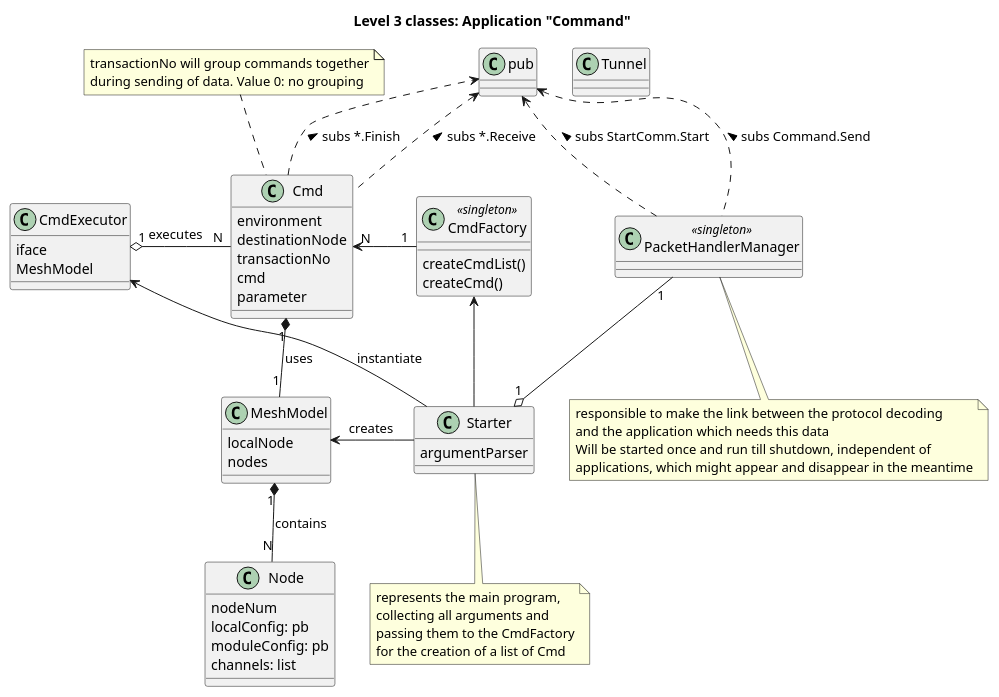
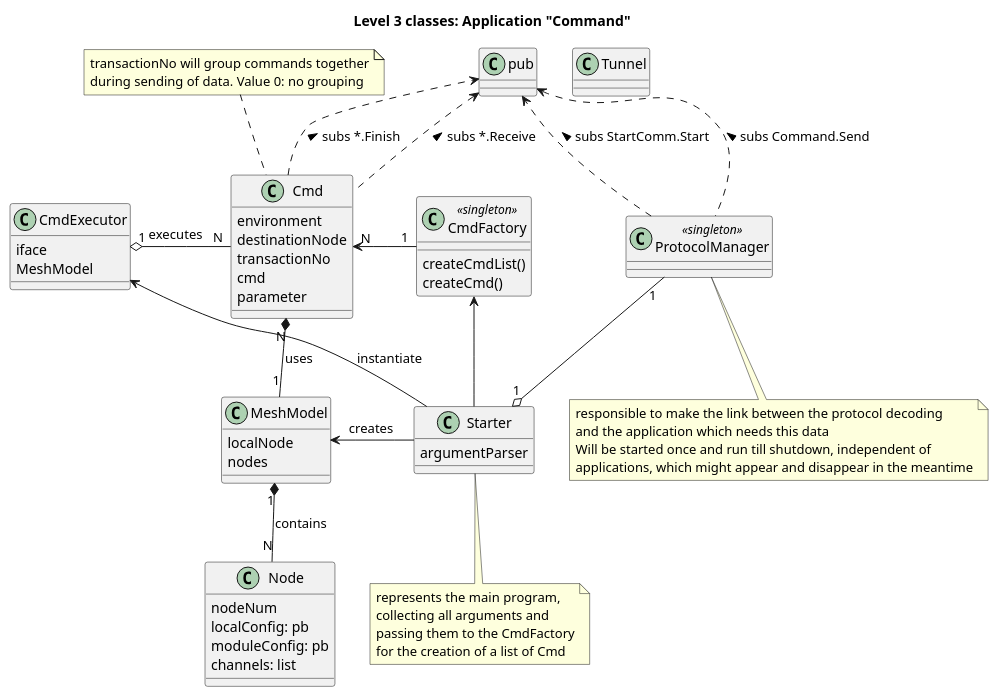
One commit to juergenRe/python changed the fifth of 8 diagrams in meshtastic/devdoc/Architecture.md. Above: the diagram before and after it, drawn with PlantUML. The commit also changed other lines of this file and 1 other file, not shown here.

Commit message:
intermediate state: refining architecture doc and implementing first draft of MeshModel

````diff
--- a/meshtastic/devdoc/Architecture.md
+++ b/meshtastic/devdoc/Architecture.md
@@ -426,73 +426,73 @@
 ```plantuml
 title Level 3 classes: Application "Command"
 
 class CmdExecutor {
     iface
     MeshModel
 }
 
 class Cmd {
     environment
     destinationNode
     transactionNo
     cmd
     parameter
 }
 
 class CmdFactory <<singleton>> {
     createCmdList()
     createCmd()
 }
 
 class Starter {
     argumentParser
 }
 
 class MeshModel {
     localNode
     nodes
 }
 
 class Tunnel
 class Node {
     nodeNum
     localConfig: pb
     moduleConfig: pb
     channels: list
 }
 
 class pub
 
-class PacketHandlerManager <<singleton>>
+class ProtocolManager <<singleton>>
 
-PacketHandlerManager "1" -right-o "1" Starter
-Cmd "1" *-- "1" MeshModel: uses
+ProtocolManager "1" -right-o "1" Starter
+Cmd "N" *-- "1" MeshModel: uses
 CmdExecutor "1" o-right- "N" Cmd: "executes   "
 CmdFactory "1" -left-> "N" Cmd: "        "
 Starter -up-> CmdFactory
 MeshModel "1" *-- "N" Node: contains
 Starter -left-> MeshModel: "creates "
 Starter -up-> CmdExecutor: instantiate
-PacketHandlerManager .up.> pub: "subs Command.Send >"
-PacketHandlerManager ..> pub: "subs StartComm.Start >"
+ProtocolManager .up.> pub: "subs Command.Send >"
+ProtocolManager ..> pub: "subs StartComm.Start >"
 Cmd .up.> pub: "subs *.Receive >"
 Cmd ..> pub: "subs *.Finish >"
 note top of Cmd
     transactionNo will group commands together
     during sending of data. Value 0: no grouping
 end note
 
 note bottom of Starter
     represents the main program,
     collecting all arguments and
     passing them to the CmdFactory
     for the creation of a list of Cmd
 end note
 
-note bottom of PacketHandlerManager
+note bottom of ProtocolManager
     responsible to make the link between the protocol decoding
     and the application which needs this data
     Will be started once and run till shutdown, independent of 
     applications, which might appear and disappear in the meantime
 end note
 ```
````
